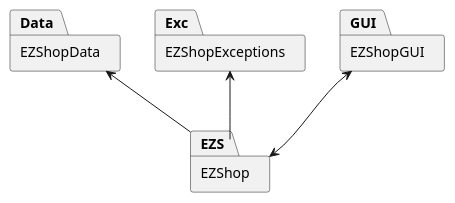
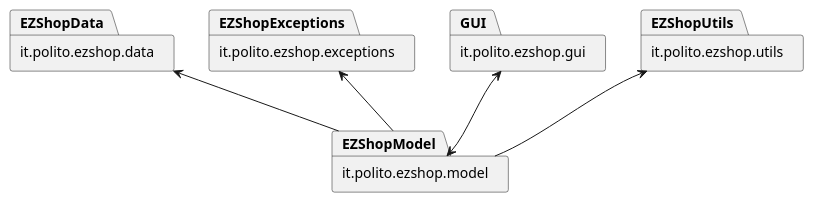
The first of 18 diagrams in Deliverables/DesignDocument.md (ThePiromaximus/ezshop), drawn with PlantUML before and after one commit. The commit also changed other lines of this file, not shown here.

````diff
--- a/Deliverables/DesignDocument.md
+++ b/Deliverables/DesignDocument.md
@@ -27,12 +26,14 @@
 ```plantuml
 @startuml
-package EZShop as EZS
-package EZShopData as Data
-package EZShopExceptions as Exc
-package EZShopGUI as GUI
+package it.polito.ezshop.model as EZShopModel
+package it.polito.ezshop.data as EZShopData
+package it.polito.ezshop.exceptions as EZShopExceptions
+package it.polito.ezshop.gui as GUI
+package it.polito.ezshop.utils as EZShopUtils
 
-Data <-- EZS
-Exc <-- EZS
-GUI <--> EZS
+EZShopUtils <-- EZShopModel
+EZShopData <-- EZShopModel
+EZShopExceptions <-- EZShopModel
+GUI <--> EZShopModel
 @enduml
 ```
````
